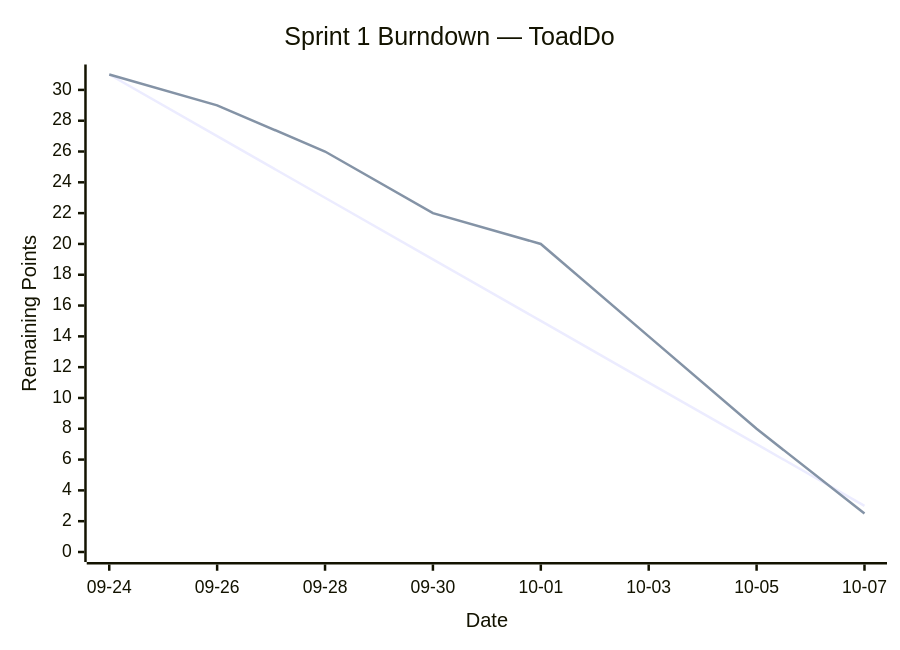
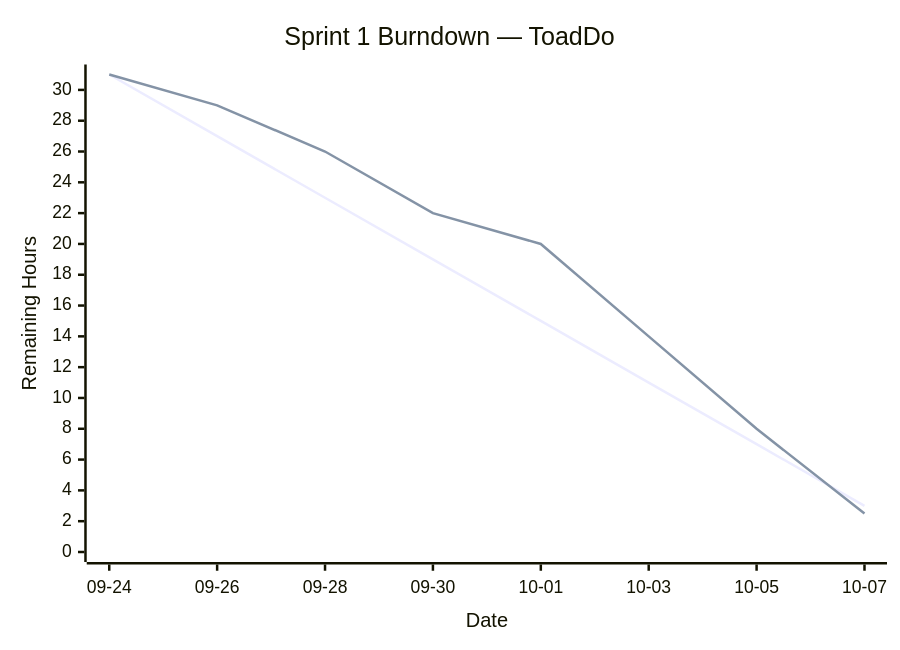
One commit to taylor-SUNY-Poly/CS512_Info changed the diagram in sprint_1/sprint_1.md. Above: the diagram before and after it, drawn with Mermaid. The commit also changed other lines of this file, not shown here.

````diff
--- a/sprint_1/sprint_1.md
+++ b/sprint_1/sprint_1.md
@@ -122,8 +122,8 @@
 ```mermaid
 xychart-beta
 title "Sprint 1 Burndown — ToadDo"
 x-axis "Date" ["09-24","09-26","09-28","09-30","10-01","10-03","10-05","10-07"]
-y-axis "Remaining Points" 0 --> 31
+y-axis "Remaining Hours" 0 --> 31
 line "Ideal" [31,27,23,19,15,11,7,3]
 line "Actual" [31,29,26,22,20,14,8,2.5]
 ```
````
